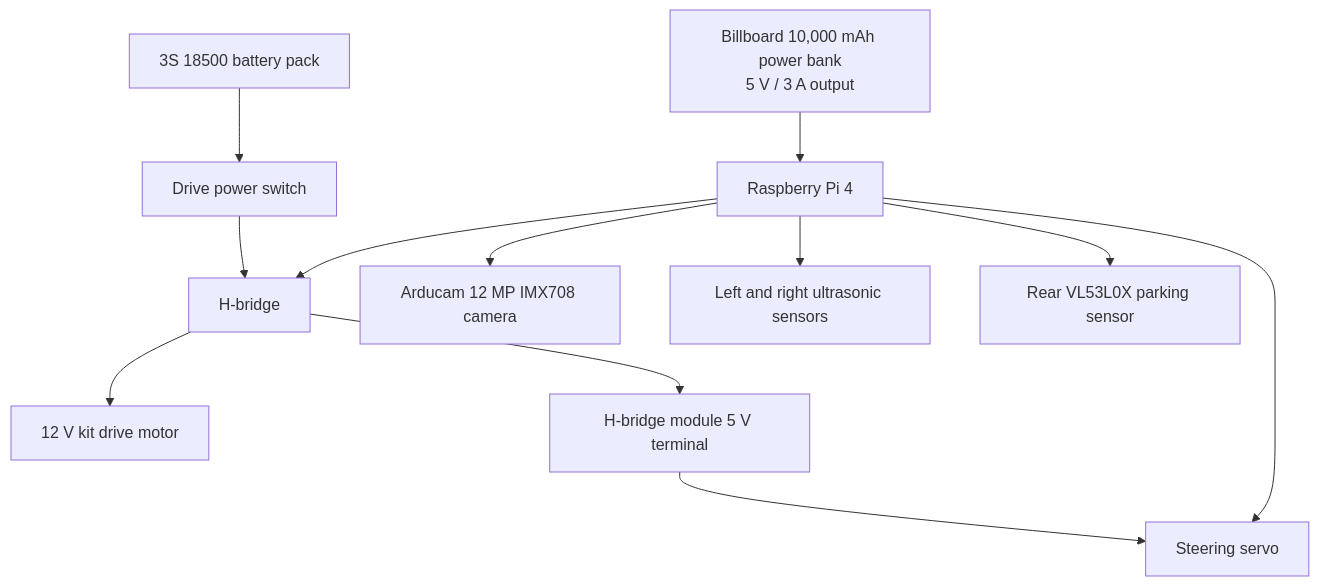
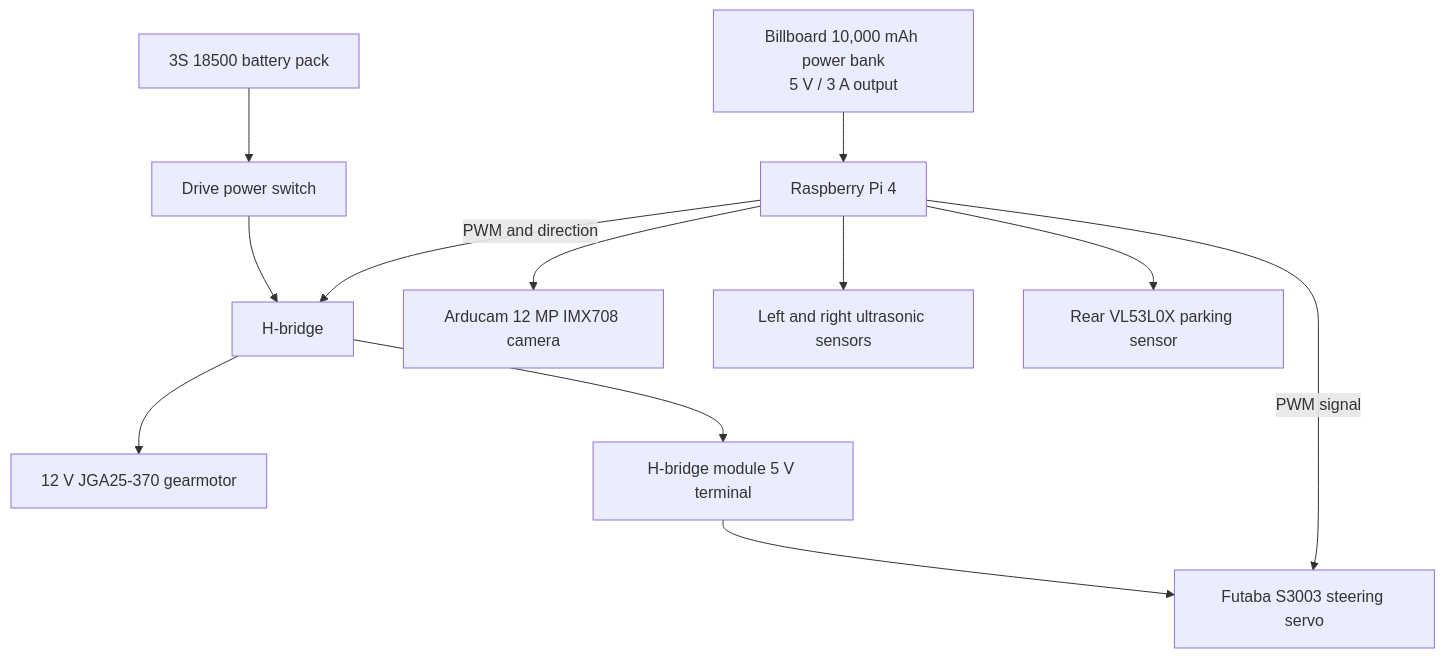
The first of 2 diagrams in README.md (AlmaAlkhader/WRO2026-FE-Sunbird-Nomads), drawn with Mermaid before and after one commit. The commit also changed other lines of this file and 4 other files, not shown here.

````diff
--- a/README.md
+++ b/README.md
@@ -225,15 +225,15 @@
 ```mermaid
 flowchart TD
     B["3S 18500 battery pack"] --> S1["Drive power switch"]
     S1 --> H["H-bridge"]
-    H --> M["12 V kit drive motor"]
+    H --> M["12 V JGA25-370 gearmotor"]
     H --> V5["H-bridge module 5 V terminal"]
-    V5 --> SV["Steering servo"]
+    V5 --> SV["Futaba S3003 steering servo"]
 
     PB["Billboard 10,000 mAh power bank<br/>5 V / 3 A output"] --> PI["Raspberry Pi 4"]
     PI --> CAM["Arducam 12 MP IMX708 camera"]
     PI --> US["Left and right ultrasonic sensors"]
     PI --> TOF["Rear VL53L0X parking sensor"]
-    PI --> H
-    PI --> SV
+    PI -- "PWM and direction" --> H
+    PI -- "PWM signal" --> SV
 ```
````
